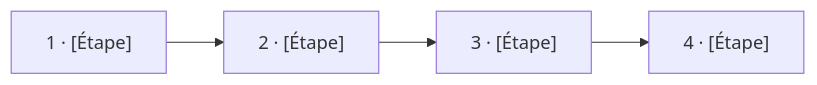
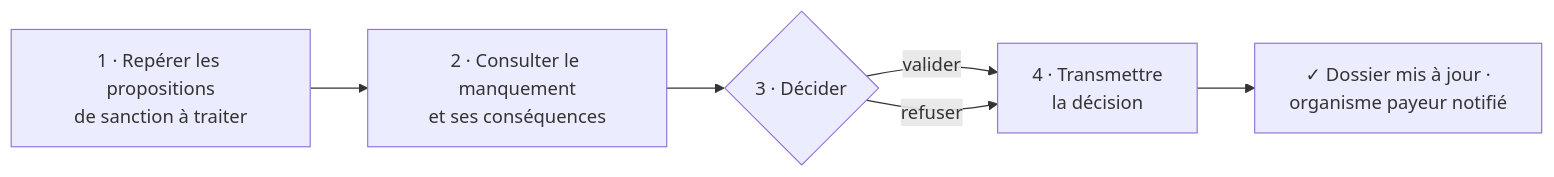
The diagram in cas_d_usage/sanction/README.md (France-Travail/si_plateforme), drawn with Mermaid before and after one commit. The commit also changed other lines of this file and 3 other files, not shown here.

````diff
--- a/cas_d_usage/sanction/README.md
+++ b/cas_d_usage/sanction/README.md
@@ -26,6 +18,8 @@
 ```mermaid
 flowchart LR
-    A["1 · [Étape]"] --> B["2 · [Étape]"]
-    B --> C["3 · [Étape]"]
-    C --> D["4 · [Étape]"]
+    A["1 · Repérer les propositions<br/>de sanction à traiter"] --> B["2 · Consulter le manquement<br/>et ses conséquences"]
+    B --> C{"3 · Décider"}
+    C -->|"valider"| D["4 · Transmettre<br/>la décision"]
+    C -->|"refuser"| D
+    D --> E["✓ Dossier mis à jour ·<br/>organisme payeur notifié"]
 ```
````
